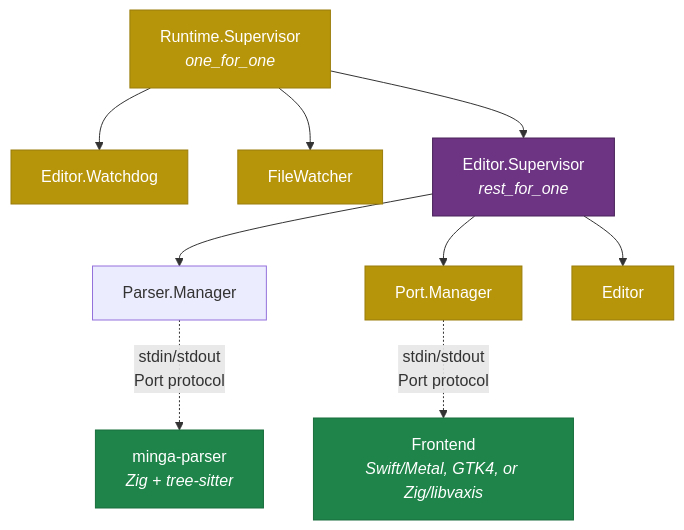
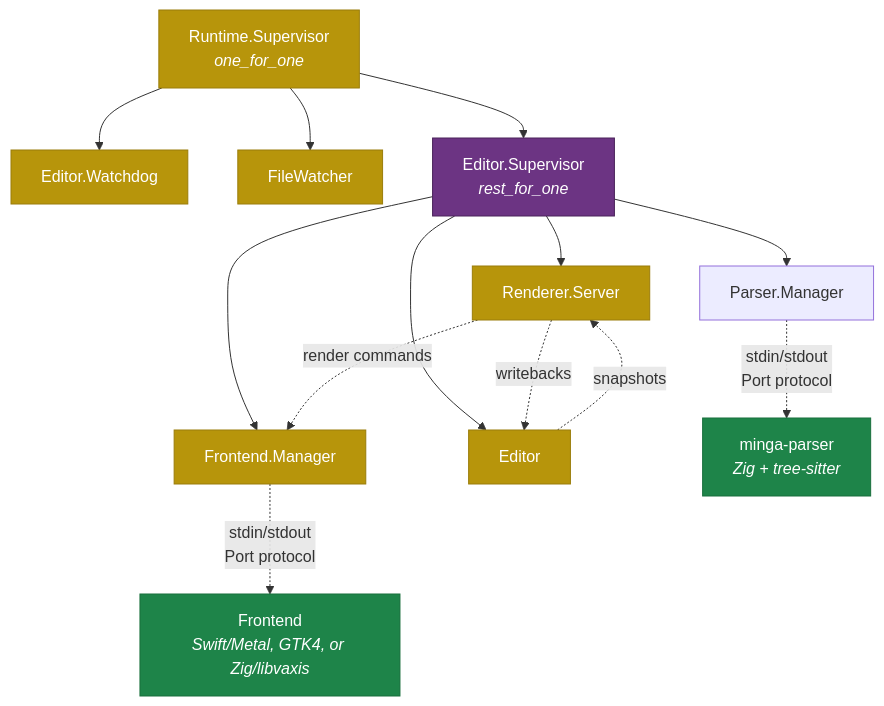
Before and after one commit to jsmestad/minga: the sixth of 10 diagrams in docs/ARCHITECTURE.md, drawn with Mermaid. The commit also changed other lines of this file and 11 other files, not shown here.

````diff
--- a/docs/ARCHITECTURE.md
+++ b/docs/ARCHITECTURE.md
@@ -241,22 +244,27 @@
 ```mermaid
 graph TD
     RT["Runtime.Supervisor<br/><i>one_for_one</i>"]
     RT --> WD["Editor.Watchdog"]
     RT --> FW["FileWatcher"]
     RT --> EDSUP["Editor.Supervisor<br/><i>rest_for_one</i>"]
     EDSUP --> PARSER["Parser.Manager"]
-    EDSUP --> PM["Port.Manager"]
+    EDSUP --> PM["Frontend.Manager"]
+    EDSUP --> RENDER["Renderer.Server"]
     EDSUP --> ED["Editor"]
 
+    ED -. "snapshots" .-> RENDER
+    RENDER -. "writebacks" .-> ED
+    RENDER -. "render commands" .-> PM
     PM -. "stdin/stdout<br/>Port protocol" .-> FE["Frontend<br/><i>Swift/Metal, GTK4, or Zig/libvaxis</i>"]
     PARSER -. "stdin/stdout<br/>Port protocol" .-> ZIG_P["minga-parser<br/><i>Zig + tree-sitter</i>"]
 
     style RT fill:#b7950b,stroke:#9a7d0a,color:#fff
     style EDSUP fill:#6c3483,stroke:#4a235a,color:#fff
     style PM fill:#b7950b,stroke:#9a7d0a,color:#fff
+    style RENDER fill:#b7950b,stroke:#9a7d0a,color:#fff
     style ED fill:#b7950b,stroke:#9a7d0a,color:#fff
     style WD fill:#b7950b,stroke:#9a7d0a,color:#fff
     style FW fill:#b7950b,stroke:#9a7d0a,color:#fff
     style FE fill:#1e8449,stroke:#196f3d,color:#fff
     style ZIG_P fill:#1e8449,stroke:#196f3d,color:#fff
 ```
````
